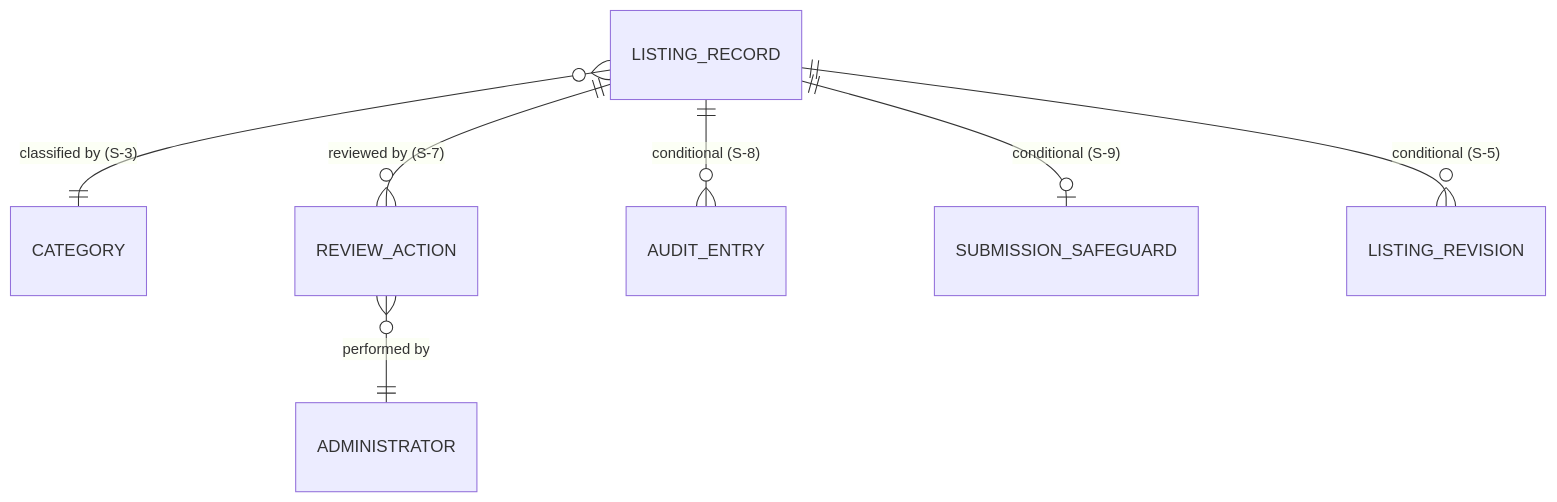
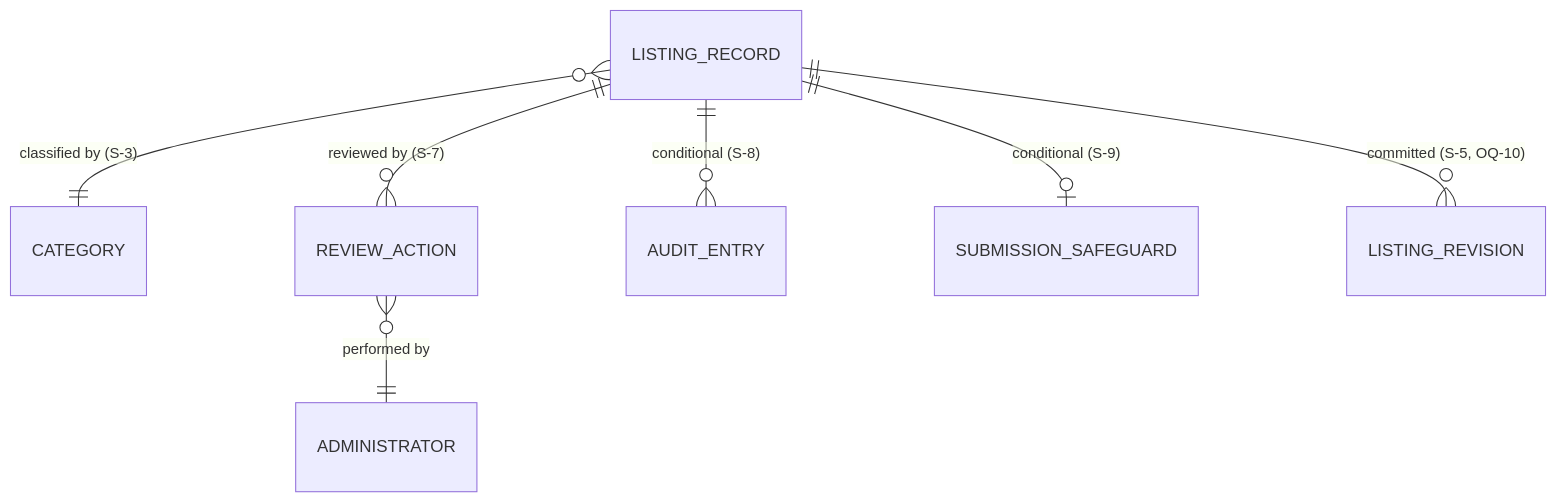
The first of 3 diagrams in docs/08-data-model.md (jssemwog/community-directory-platform), drawn with Mermaid before and after one commit. The commit also changed other lines of this file and 12 other files, not shown here.

Commit message:
docs: define approved-listing revision policy (#53)

````diff
--- a/docs/08-data-model.md
+++ b/docs/08-data-model.md
@@ -120,9 +120,9 @@
 ```mermaid
 erDiagram
     LISTING_RECORD }o--|| CATEGORY : "classified by (S-3)"
     LISTING_RECORD ||--o{ REVIEW_ACTION : "reviewed by (S-7)"
     REVIEW_ACTION }o--|| ADMINISTRATOR : "performed by"
     LISTING_RECORD ||--o{ AUDIT_ENTRY : "conditional (S-8)"
     LISTING_RECORD ||--o| SUBMISSION_SAFEGUARD : "conditional (S-9)"
-    LISTING_RECORD ||--o{ LISTING_REVISION : "conditional (S-5)"
+    LISTING_RECORD ||--o{ LISTING_REVISION : "committed (S-5, OQ-10)"
 ```
````
